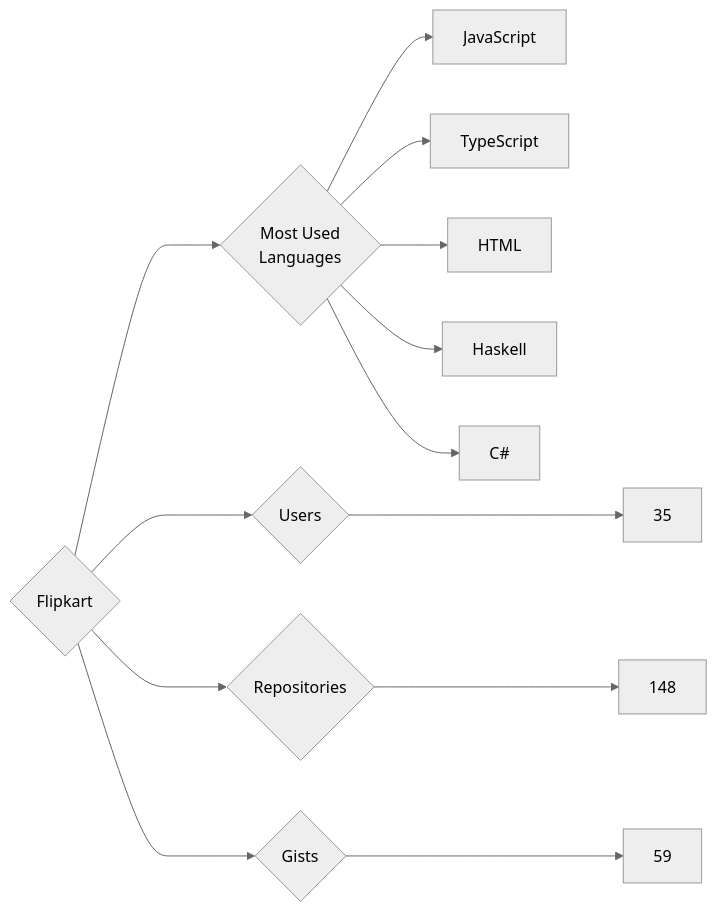
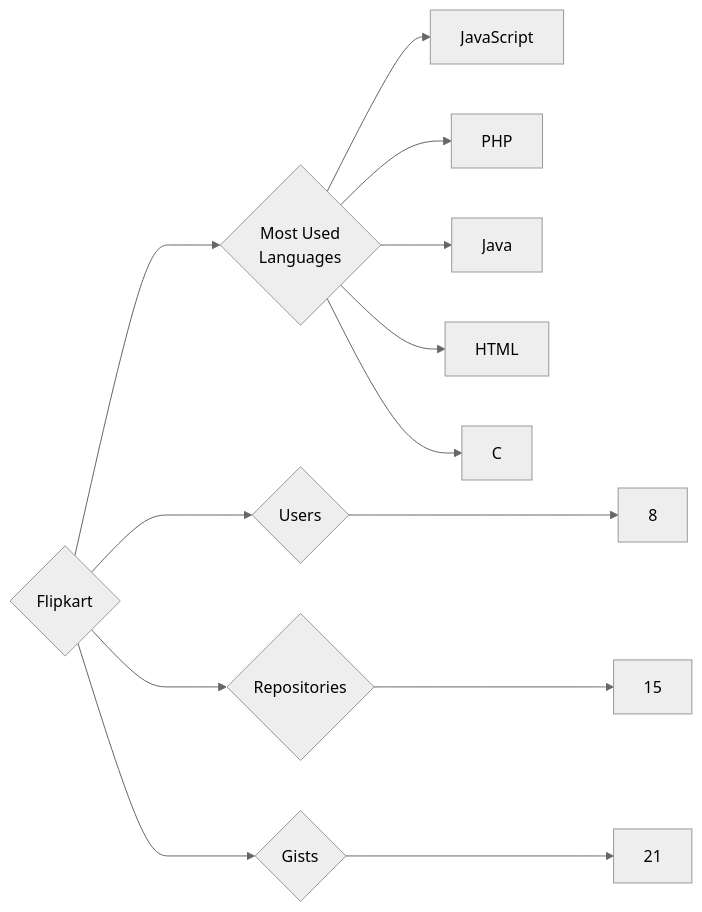
The diagram in targets/Flipkart/README.md (trickest/insiders), drawn with Mermaid (neutral theme) before and after one commit. The commit also changed 891 other files, not shown here.

````diff
--- a/targets/Flipkart/README.md
+++ b/targets/Flipkart/README.md
@@ -3,13 +3,13 @@
 ```mermaid
 graph LR
 COMPANY_NAME{Flipkart}
-COMPANY_NAME ---> U{Users} ---> UN[35]
-COMPANY_NAME ---> R{Repositories} ---> RN[148]
-COMPANY_NAME ---> G{Gists} ---> GN[59]
+COMPANY_NAME ---> U{Users} ---> UN[8]
+COMPANY_NAME ---> R{Repositories} ---> RN[15]
+COMPANY_NAME ---> G{Gists} ---> GN[21]
 COMPANY_NAME ---> ML{Most Used<br>Languages}
 ML --> JavaScript[JavaScript]
-ML --> TypeScript[TypeScript]
+ML --> PHP[PHP]
+ML --> Java[Java]
 ML --> HTML[HTML]
-ML --> Haskell[Haskell]
-ML --> C#[C#]
+ML --> C[C]
 ```
````
